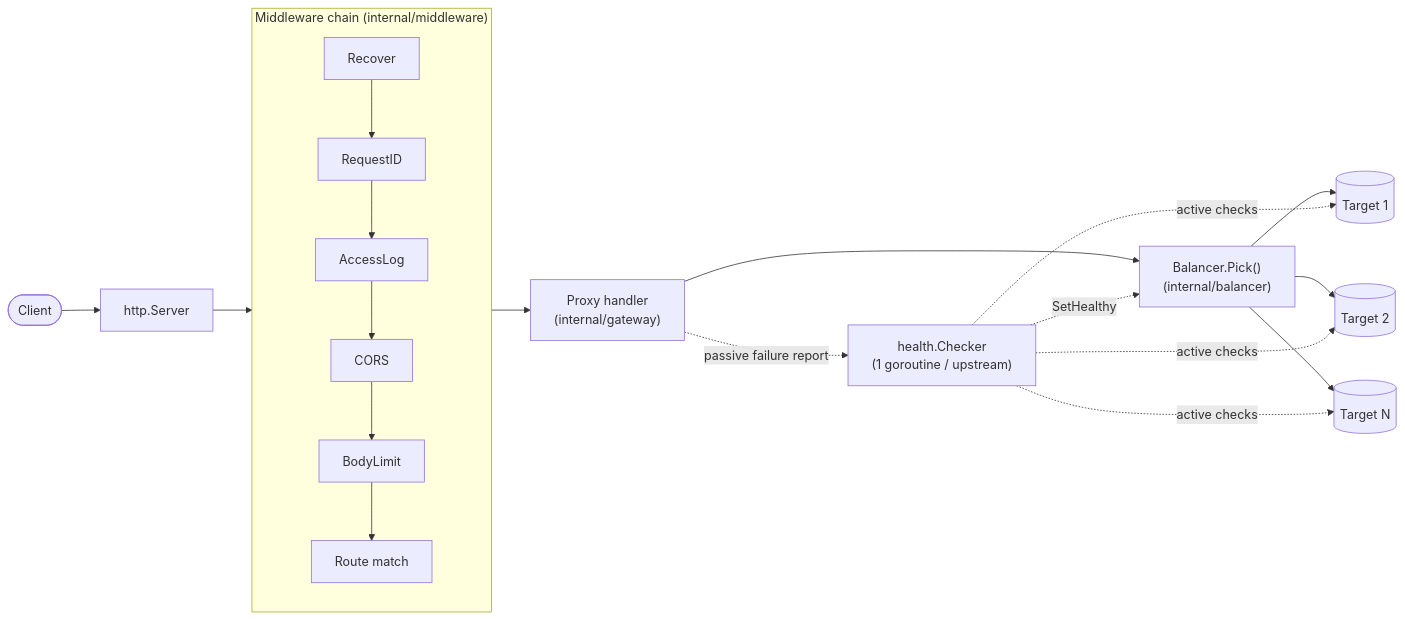
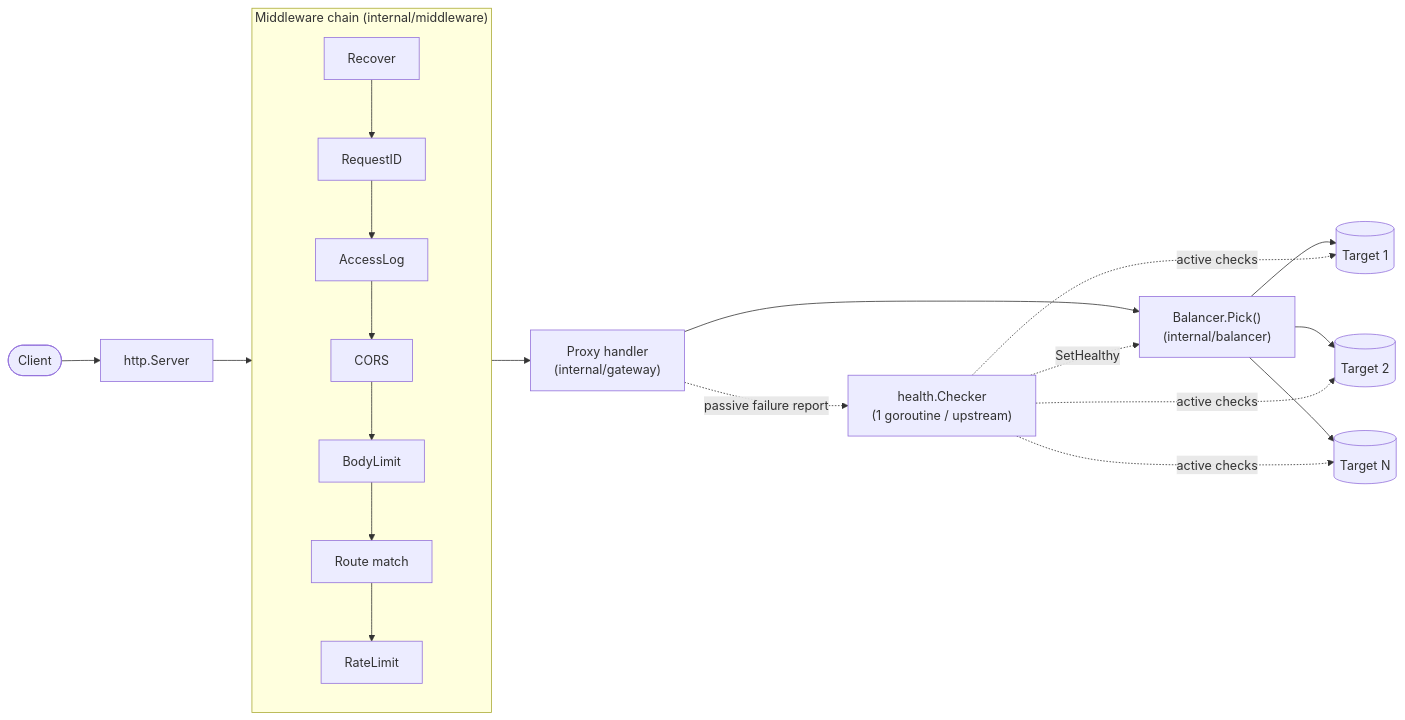
The diagram in README.md (rosali3/gatekeeper), drawn with Mermaid before and after one commit. The commit also changed other lines of this file and 7 other files, not shown here.

First line of the commit message:
feat(gateway): wire per-route rate limiting into the middleware chain

````diff
--- a/README.md
+++ b/README.md
@@ -43,22 +48,22 @@
 ```mermaid
 flowchart LR
     client([Client]) --> srv[http.Server]
     srv --> chain
 
     subgraph chain["Middleware chain (internal/middleware)"]
         direction TB
-        recover[Recover] --> reqid[RequestID] --> alog[AccessLog] --> cors[CORS] --> bodylimit[BodyLimit] --> match[Route match]
+        recover[Recover] --> reqid[RequestID] --> alog[AccessLog] --> cors[CORS] --> bodylimit[BodyLimit] --> match[Route match] --> ratelimit[RateLimit]
     end
 
     chain --> proxy["Proxy handler\n(internal/gateway)"]
     proxy --> bal["Balancer.Pick()\n(internal/balancer)"]
     bal --> t1[(Target 1)]
     bal --> t2[(Target 2)]
     bal --> t3[(Target N)]
 
     hc["health.Checker\n(1 goroutine / upstream)"] -.active checks.-> t1
     hc -.active checks.-> t2
     hc -.active checks.-> t3
     proxy -.passive failure report.-> hc
     hc -.SetHealthy.-> bal
 ```
````
